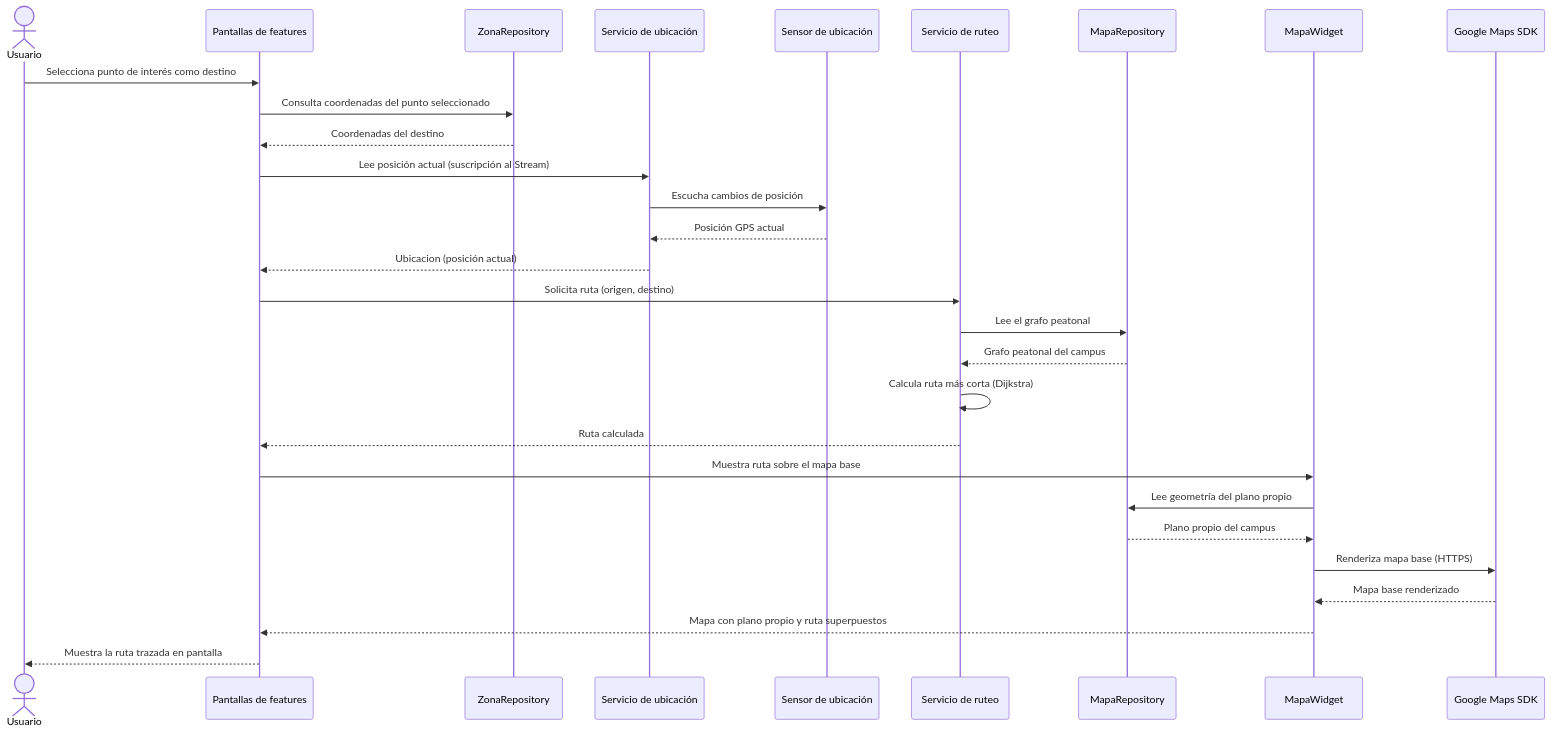
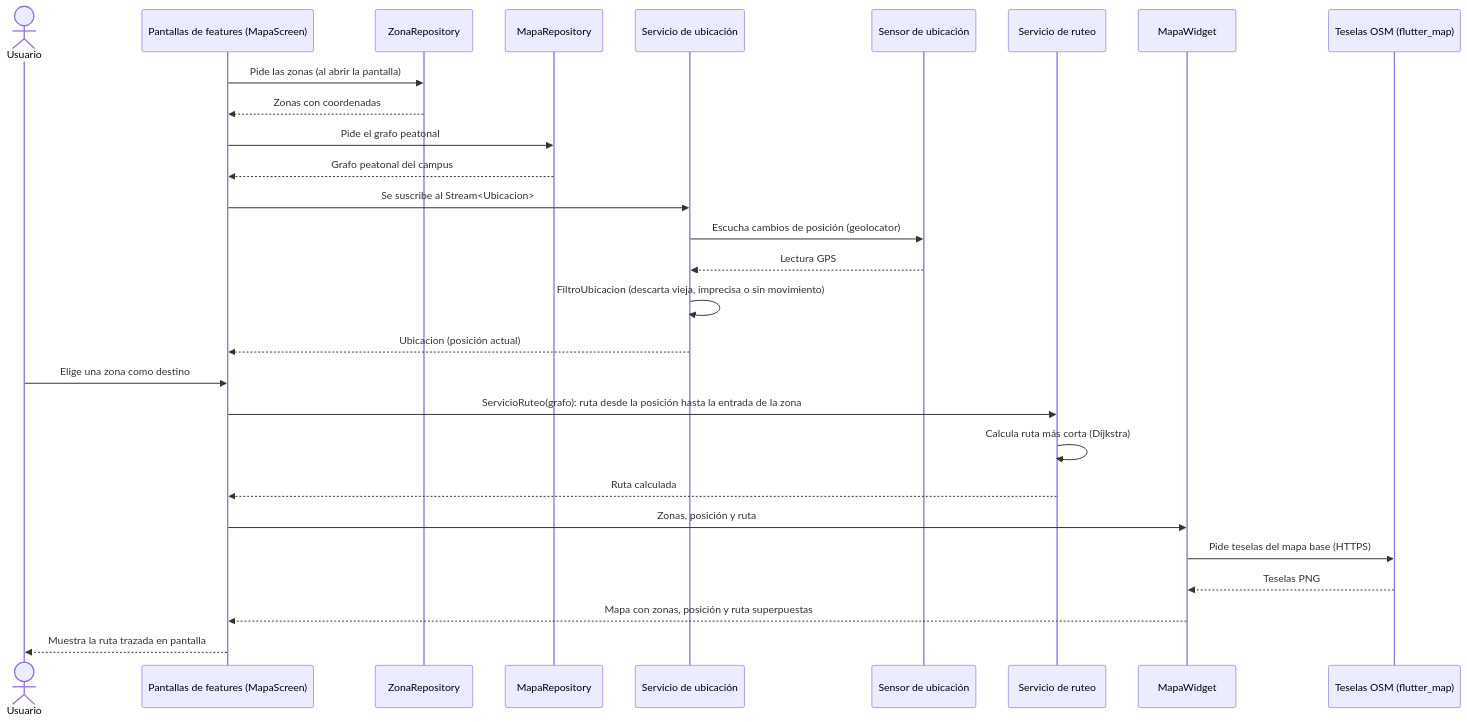
The first of 4 diagrams in docs/arc42/06_runtime_view.md (ISCOUTB/AS_202620_mapsutb), drawn with Mermaid before and after one commit. The commit also changed other lines of this file and 26 other files, not shown here.

First line of the commit message:
docs: arc42 y C4 al día con el código (OSM, GPS real, tour diferido) y enlaces rotos

````diff
--- a/docs/arc42/06_runtime_view.md
+++ b/docs/arc42/06_runtime_view.md
@@ -24,32 +25,31 @@
 ```mermaid
 sequenceDiagram
     actor Usuario
-    participant UI as Pantallas de features
+    participant UI as Pantallas de features (MapaScreen)
     participant ZonaRepo as ZonaRepository
+    participant MapaRepo as MapaRepository
     participant Ubicacion as Servicio de ubicación
     participant Sensor as Sensor de ubicación
     participant Ruteo as Servicio de ruteo
-    participant MapaRepo as MapaRepository
     participant Widget as MapaWidget
-    participant MapsSDK as Google Maps SDK
+    participant OSM as Teselas OSM (flutter_map)
 
-    Usuario->>UI: Selecciona punto de interés como destino
-    UI->>ZonaRepo: Consulta coordenadas del punto seleccionado
-    ZonaRepo-->>UI: Coordenadas del destino
-    UI->>Ubicacion: Lee posición actual (suscripción al Stream)
-    Ubicacion->>Sensor: Escucha cambios de posición
-    Sensor-->>Ubicacion: Posición GPS actual
+    UI->>ZonaRepo: Pide las zonas (al abrir la pantalla)
+    ZonaRepo-->>UI: Zonas con coordenadas
+    UI->>MapaRepo: Pide el grafo peatonal
+    MapaRepo-->>UI: Grafo peatonal del campus
+    UI->>Ubicacion: Se suscribe al Stream<Ubicacion>
+    Ubicacion->>Sensor: Escucha cambios de posición (geolocator)
+    Sensor-->>Ubicacion: Lectura GPS
+    Ubicacion->>Ubicacion: FiltroUbicacion (descarta vieja, imprecisa o sin movimiento)
     Ubicacion-->>UI: Ubicacion (posición actual)
-    UI->>Ruteo: Solicita ruta (origen, destino)
-    Ruteo->>MapaRepo: Lee el grafo peatonal
-    MapaRepo-->>Ruteo: Grafo peatonal del campus
+    Usuario->>UI: Elige una zona como destino
+    UI->>Ruteo: ServicioRuteo(grafo): ruta desde la posición hasta la entrada de la zona
     Ruteo->>Ruteo: Calcula ruta más corta (Dijkstra)
     Ruteo-->>UI: Ruta calculada
-    UI->>Widget: Muestra ruta sobre el mapa base
-    Widget->>MapaRepo: Lee geometría del plano propio
-    MapaRepo-->>Widget: Plano propio del campus
-    Widget->>MapsSDK: Renderiza mapa base (HTTPS)
-    MapsSDK-->>Widget: Mapa base renderizado
-    Widget-->>UI: Mapa con plano propio y ruta superpuestos
+    UI->>Widget: Zonas, posición y ruta
+    Widget->>OSM: Pide teselas del mapa base (HTTPS)
+    OSM-->>Widget: Teselas PNG
+    Widget-->>UI: Mapa con zonas, posición y ruta superpuestas
     UI-->>Usuario: Muestra la ruta trazada en pantalla
 ```
````
